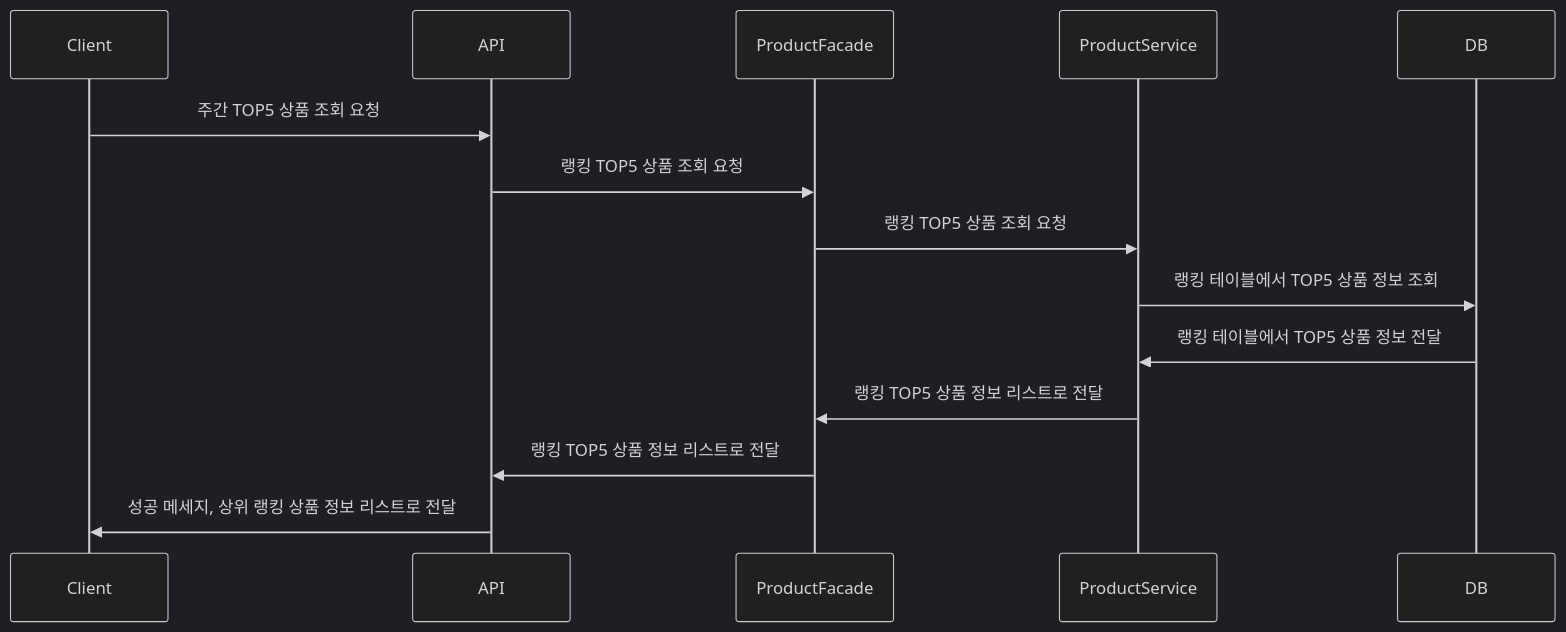
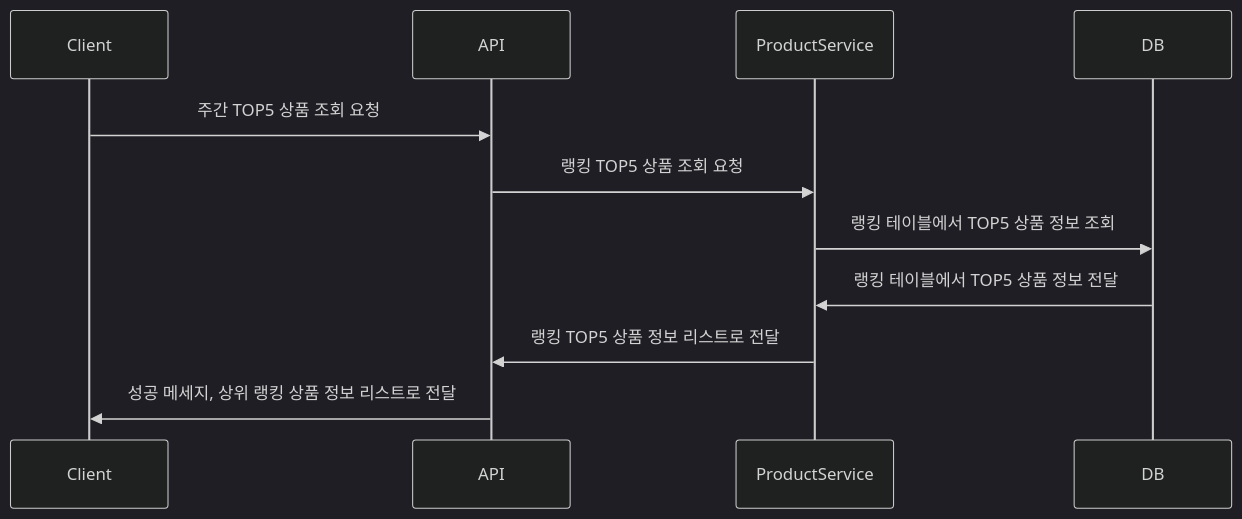
The fourth of 9 diagrams in docs/EventSequence.md (LeeJeongGi/hhplus-03-ecommerce), drawn with Mermaid (dark theme) before and after one commit. The commit also changed other lines of this file and 125 other files, not shown here.

````diff
--- a/docs/EventSequence.md
+++ b/docs/EventSequence.md
@@ -99,18 +99,15 @@
 ```mermaid
 sequenceDiagram
     participant Client
     participant API
-    participant ProductFacade
     participant ProductService
     participant DB
 
     Client ->> API: 주간 TOP5 상품 조회 요청
-    API ->> ProductFacade: 랭킹 TOP5 상품 조회 요청
-    ProductFacade ->> ProductService: 랭킹 TOP5 상품 조회 요청
+    API ->> ProductService: 랭킹 TOP5 상품 조회 요청
     ProductService ->> DB: 랭킹 테이블에서 TOP5 상품 정보 조회
     DB ->> ProductService: 랭킹 테이블에서 TOP5 상품 정보 전달
-    ProductService ->> ProductFacade: 랭킹 TOP5 상품 정보 리스트로 전달
-    ProductFacade ->> API: 랭킹 TOP5 상품 정보 리스트로 전달
+    ProductService ->> API: 랭킹 TOP5 상품 정보 리스트로 전달
     API ->> Client: 성공 메세지, 상위 랭킹 상품 정보 리스트로 전달
 
 ```
````
